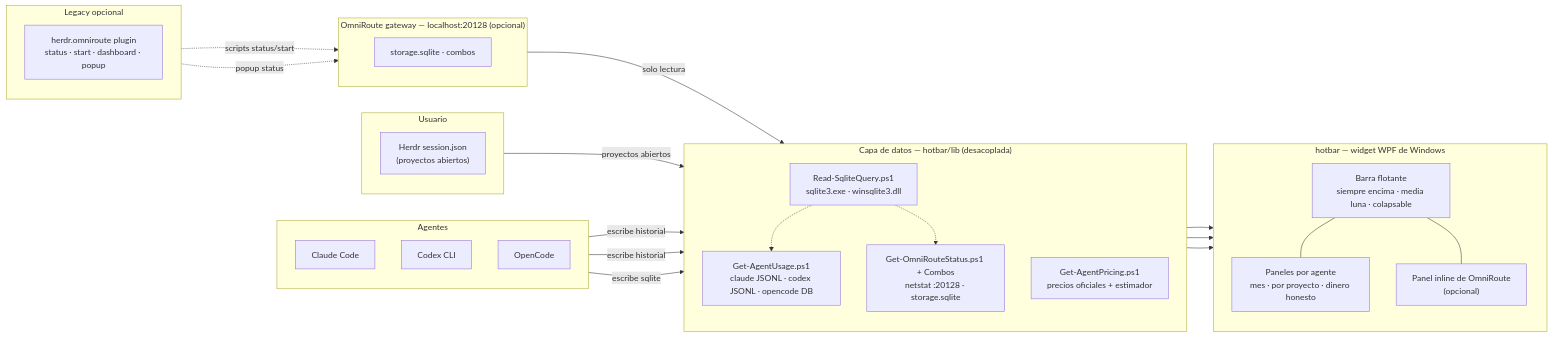
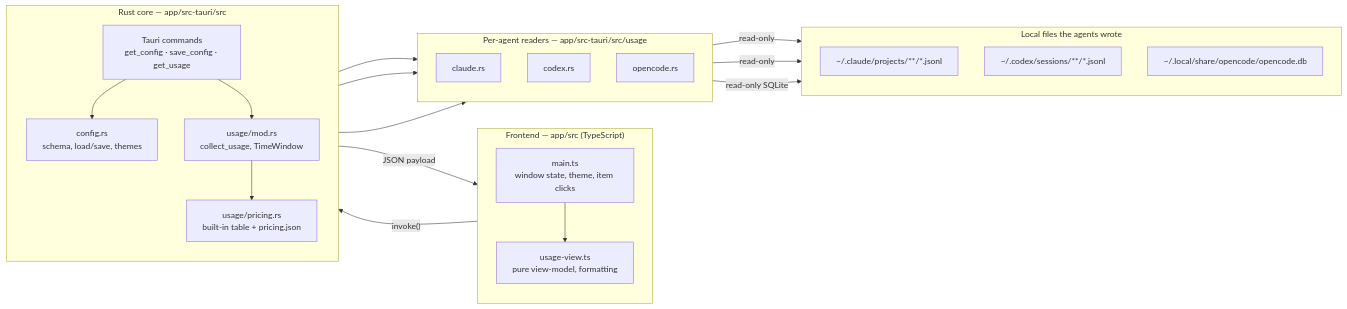
One commit to montesgp/hotbar changed the diagram in docs/architecture.md. Above: the diagram before and after it, drawn with Mermaid. The commit also changed other lines of this file and 4 other files, not shown here.

First line of the commit message:
docs: rewrite product docs for the Tauri orbitbar app

````diff
--- a/docs/architecture.md
+++ b/docs/architecture.md
@@ -22,49 +12,40 @@
 ```mermaid
 flowchart LR
-  subgraph BAR["hotbar — widget WPF de Windows"]
+  subgraph FE["Frontend — app/src (TypeScript)"]
     direction TB
-    W["Barra flotante<br/>siempre encima · media luna · colapsable"]
-    P1["Paneles por agente<br/>mes · por proyecto · dinero honesto"]
-    P2["Panel inline de OmniRoute<br/>(opcional)"]
-    W --- P1
-    W --- P2
+    MAIN["main.ts<br/>window state, theme, item clicks"]
+    VIEW["usage-view.ts<br/>pure view-model, formatting"]
+    MAIN --> VIEW
   end
-  subgraph DATA["Capa de datos — hotbar/lib (desacoplada)"]
+  subgraph BE["Rust core — app/src-tauri/src"]
     direction TB
-    R1["Get-AgentUsage.ps1<br/>claude JSONL · codex JSONL · opencode DB"]
-    R2["Get-AgentPricing.ps1<br/>precios oficiales + estimador"]
-    R3["Get-OmniRouteStatus.ps1 + Combos<br/>netstat :20128 · storage.sqlite"]
-    R4["Read-SqliteQuery.ps1<br/>sqlite3.exe · winsqlite3.dll"]
+    CMD["Tauri commands<br/>get_config · save_config · get_usage"]
+    CFG["config.rs<br/>schema, load/save, themes"]
+    USAGE["usage/mod.rs<br/>collect_usage, TimeWindow"]
+    PRICE["usage/pricing.rs<br/>built-in table + pricing.json"]
+    CMD --> CFG
+    CMD --> USAGE
+    USAGE --> PRICE
   end
-  subgraph AGENTES["Agentes"]
+  subgraph READERS["Per-agent readers — app/src-tauri/src/usage"]
     direction TB
-    CC["Claude Code"]
-    CX["Codex CLI"]
-    OP["OpenCode"]
+    RC["claude.rs"]
+    RX["codex.rs"]
+    RO["opencode.rs"]
   end
-  subgraph USER["Usuario"]
+  subgraph SRC["Local files the agents wrote"]
     direction TB
-    H["Herdr session.json<br/>(proyectos abiertos)"]
-  end
-  subgraph HERDR["Legacy opcional"]
-    direction TB
-    PL["herdr.omniroute plugin<br/>status · start · dashboard · popup"]
-  end
-  subgraph GW["OmniRoute gateway — localhost:20128 (opcional)"]
-    direction TB
-    S["storage.sqlite · combos"]
+    CC["~/.claude/projects/**/*.jsonl"]
+    CX["~/.codex/sessions/**/*.jsonl"]
+    OP["~/.local/share/opencode/opencode.db"]
   end
 
-  CC -->|"escribe historial"| R1
-  CX -->|"escribe historial"| R1
-  OP -->|"escribe sqlite"| R1
-  H -->|"proyectos abiertos"| R1
-  R1 --> P1
-  R2 --> P1
-  R3 --> P2
-  R4 -.-> R1
-  R4 -.-> R3
-  GW -->|"solo lectura"| R3
-  PL -.->|"popup status"| GW
-  PL -.->|"scripts status/start"| S
+  MAIN -->|"invoke()"| CMD
+  USAGE --> RC
+  USAGE --> RX
+  USAGE --> RO
+  RC -->|"read-only"| CC
+  RX -->|"read-only"| CX
+  RO -->|"read-only SQLite"| OP
+  CMD -->|"JSON payload"| MAIN
 ```
````
